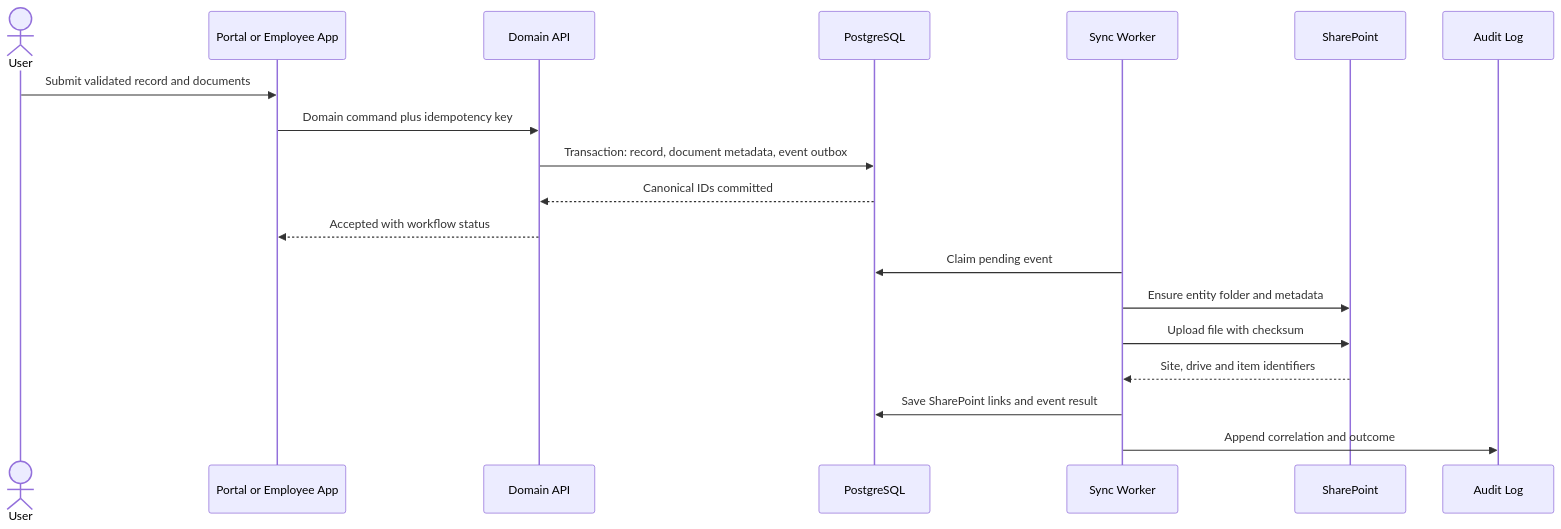
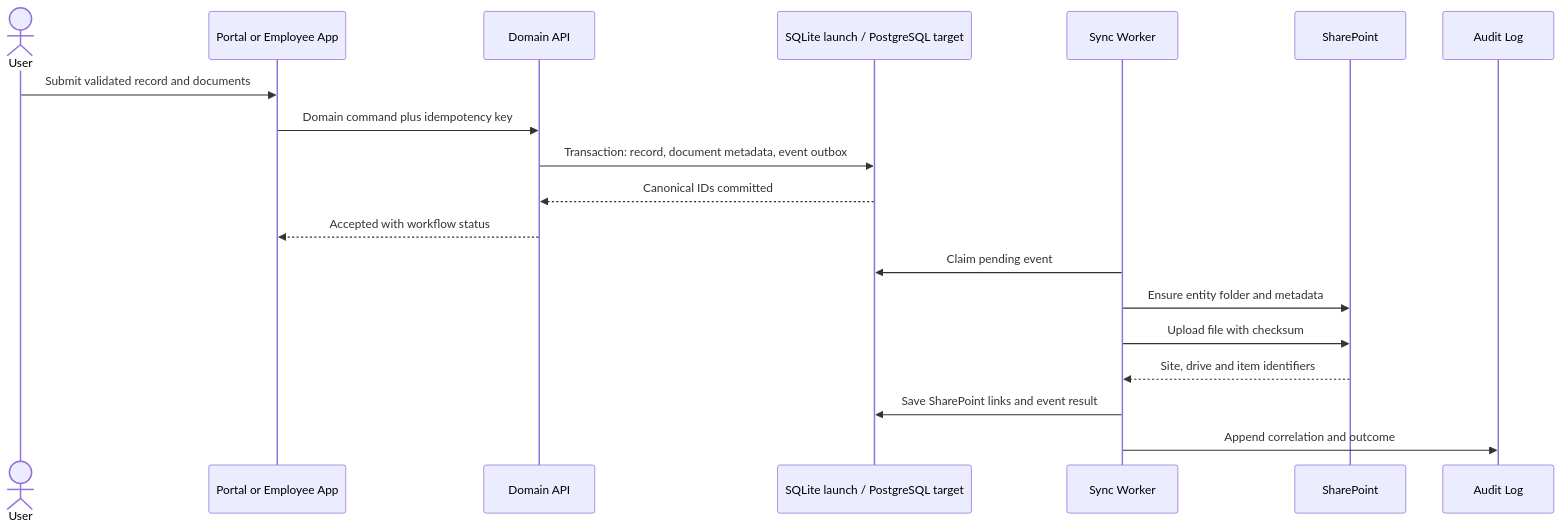
One commit to NovapharmHealthacre/novapharm-website changed the first of 6 diagrams in architecture/data-flow-diagrams.md. Above: the diagram before and after it, drawn with Mermaid. The commit also changed 154 other files, not shown here.

````diff
--- a/architecture/data-flow-diagrams.md
+++ b/architecture/data-flow-diagrams.md
@@ -5,21 +5,21 @@
 ```mermaid
 sequenceDiagram
   actor User
   participant UI as Portal or Employee App
   participant API as Domain API
-  participant DB as PostgreSQL
+  participant DB as SQLite launch / PostgreSQL target
   participant Worker as Sync Worker
   participant SP as SharePoint
   participant Audit as Audit Log
   User->>UI: Submit validated record and documents
   UI->>API: Domain command plus idempotency key
   API->>DB: Transaction: record, document metadata, event outbox
   DB-->>API: Canonical IDs committed
   API-->>UI: Accepted with workflow status
   Worker->>DB: Claim pending event
   Worker->>SP: Ensure entity folder and metadata
   Worker->>SP: Upload file with checksum
   SP-->>Worker: Site, drive and item identifiers
   Worker->>DB: Save SharePoint links and event result
   Worker->>Audit: Append correlation and outcome
 ```
````
